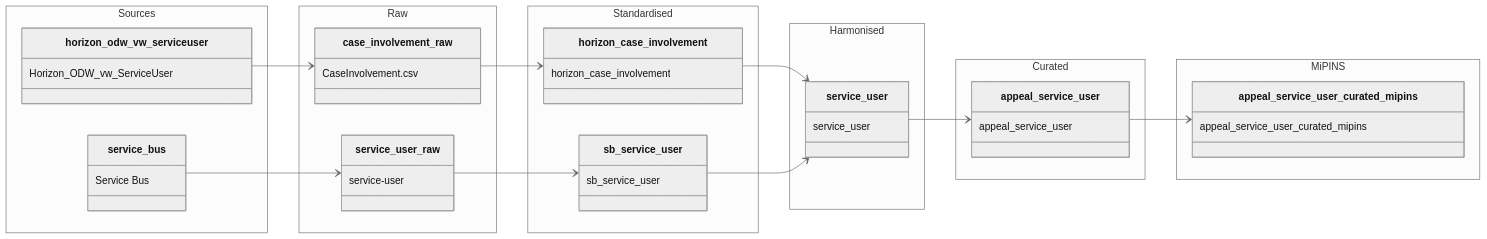
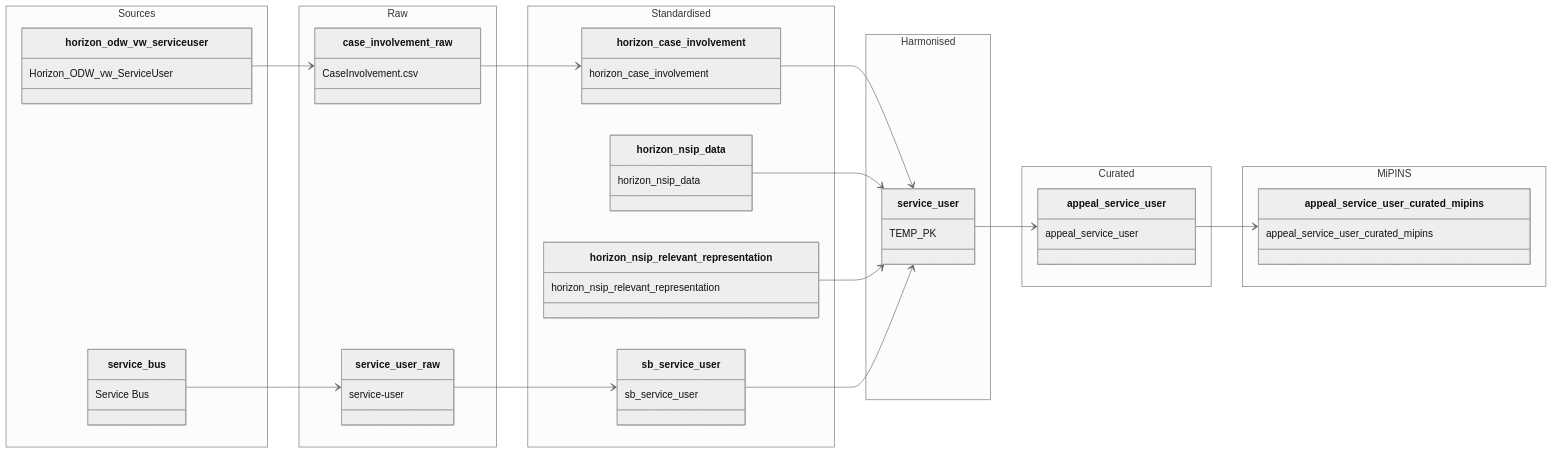
The diagram in data-models/appeal-service-user.md (Planning-Inspectorate/odw-synapse-workspace), drawn with Mermaid (neutral theme) before and after one commit. The commit also changed other lines of this file, not shown here.

````diff
--- a/data-models/appeal-service-user.md
+++ b/data-models/appeal-service-user.md
@@ -7,72 +7,78 @@
 ```mermaid
 classDiagram
 
     direction LR
 
     namespace Sources {
 
         class horizon_odw_vw_serviceuser {
             Horizon_ODW_vw_ServiceUser
         }
 
         class service_bus {
             Service Bus
         }
     }
 
     namespace Raw {
 
         class case_involvement_raw {
             CaseInvolvement.csv
         }
 
         class service_user_raw {
             service-user
         }
     }
 
     namespace Standardised {
 
         class horizon_case_involvement {
             horizon_case_involvement
         }
+        
+        class horizon_nsip_data {
+            horizon_nsip_data
+        }
 
+        class horizon_nsip_relevant_representation {
+            horizon_nsip_relevant_representation
+        }
+        
         class sb_service_user {
             sb_service_user
         }
     }
 
     namespace Harmonised {
 
         class service_user {
-            service_user
+            TEMP_PK
         }
     }
 
     namespace Curated {
 
         class appeal_service_user {
             appeal_service_user
         }
     }
 
     namespace MiPINS {
 
         class appeal_service_user_curated_mipins {
             appeal_service_user_curated_mipins
         }
     }
 
     horizon_odw_vw_serviceuser --> case_involvement_raw
     case_involvement_raw --> horizon_case_involvement
-
     service_bus --> service_user_raw
     service_user_raw --> sb_service_user
-
     horizon_case_involvement --> service_user
+    horizon_nsip_data --> service_user
+    horizon_nsip_relevant_representation --> service_user
     sb_service_user --> service_user
-
     service_user --> appeal_service_user
-
     appeal_service_user --> appeal_service_user_curated_mipins
 ```
````
